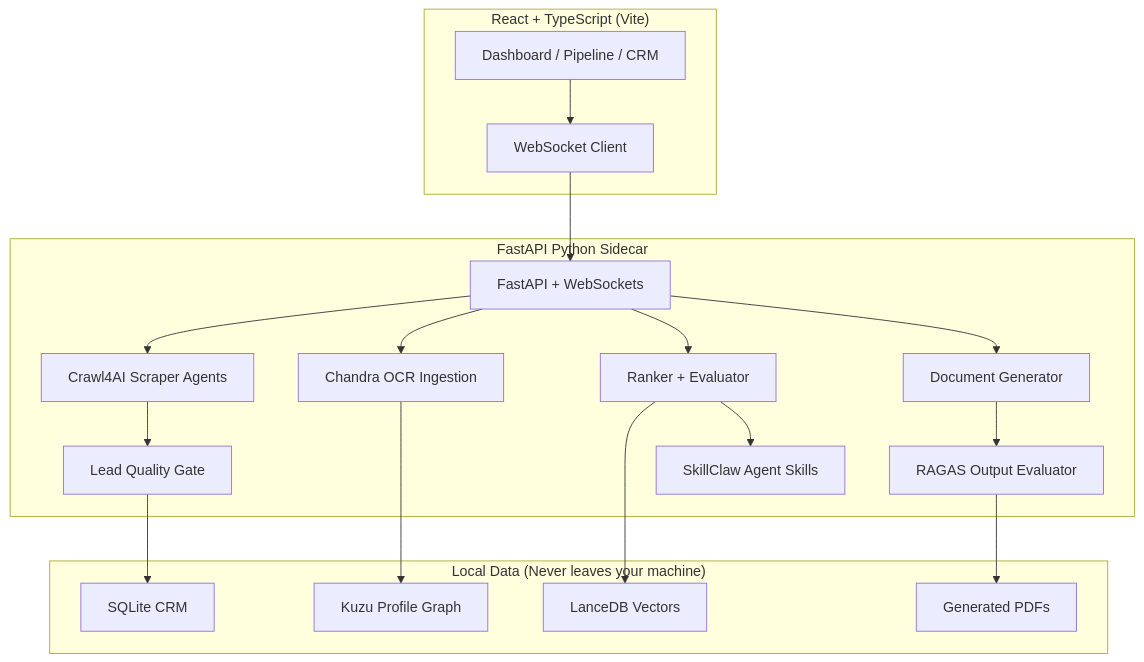
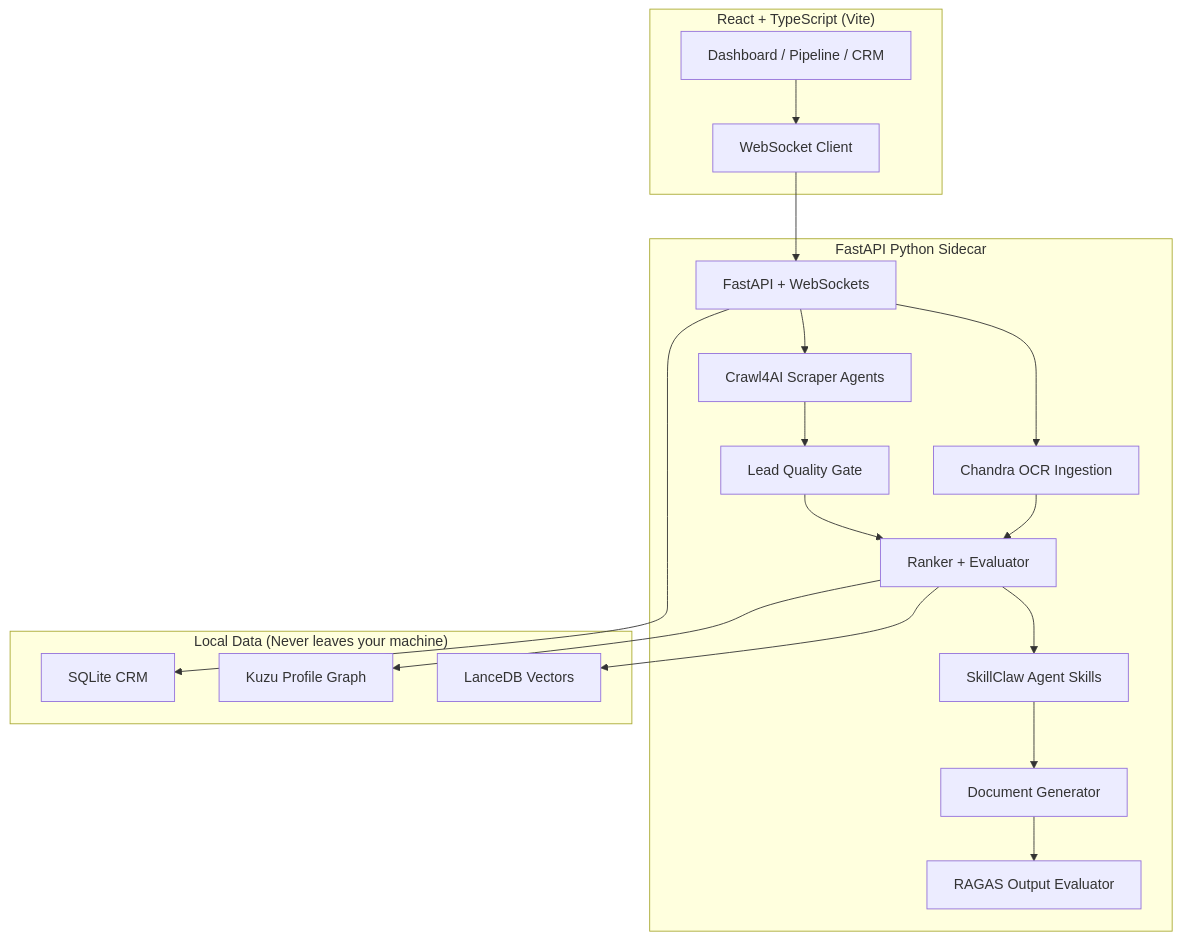
Before and after one commit to zentrium74/JobHunter: the diagram in README.md, drawn with Mermaid. The commit also changed other lines of this file, not shown here.

````diff
--- a/README.md
+++ b/README.md
@@ -32,32 +20,30 @@
 ```mermaid
 flowchart TB
     subgraph Frontend["React + TypeScript (Vite)"]
         UI["Dashboard / Pipeline / CRM"]
         WS["WebSocket Client"]
     end
-
     subgraph Backend["FastAPI Python Sidecar"]
         API["FastAPI + WebSockets"]
         Crawler["Crawl4AI Scraper Agents"]
         OCR["Chandra OCR Ingestion"]
         Gate["Lead Quality Gate"]
         Ranker["Ranker + Evaluator"]
         Skills["SkillClaw Agent Skills"]
         Generator["Document Generator"]
         Evaluator["RAGAS Output Evaluator"]
     end
-
     subgraph DataLayer["Local Data (Never leaves your machine)"]
         SQLite["SQLite CRM"]
         Kuzu["Kuzu Profile Graph"]
         LanceDB["LanceDB Vectors"]
-        PDFs["Generated PDFs"]
     end
 
     UI --> WS --> API
-    API --> Crawler --> Gate --> SQLite
-    API --> OCR --> Kuzu
-    API --> Ranker --> LanceDB
-    Ranker --> Skills
-    API --> Generator --> Evaluator --> PDFs
+    API --> Crawler --> Gate --> Ranker
+    API --> OCR --> Ranker
+    Ranker --> Skills --> Generator --> Evaluator
+    Ranker --> Kuzu
+    Ranker --> LanceDB
+    API --> SQLite
 ```
````
